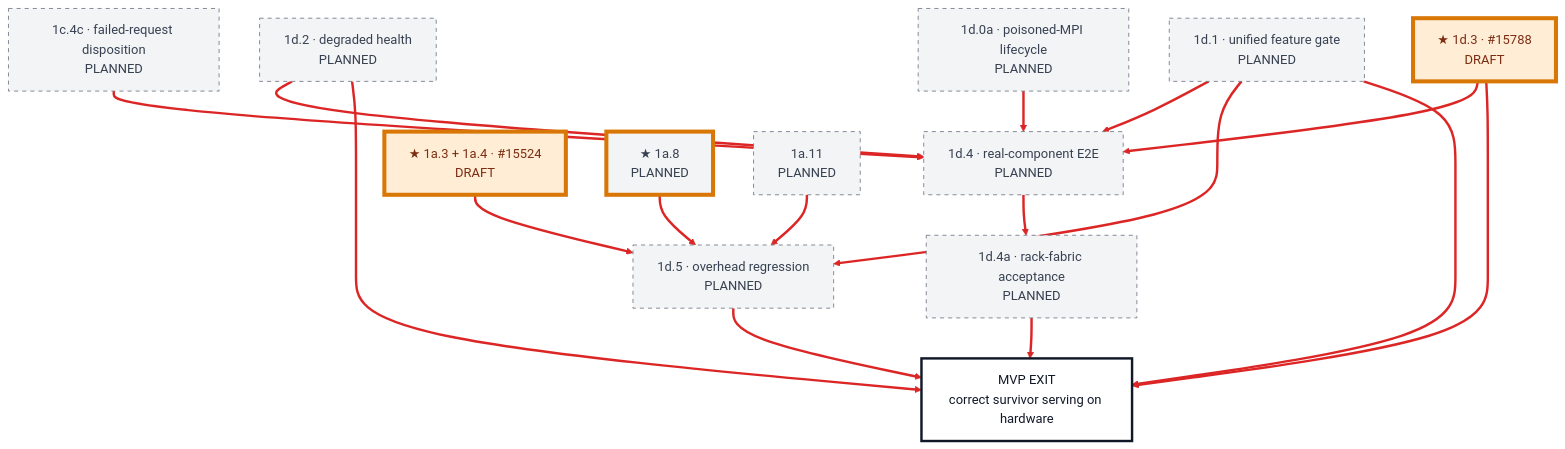
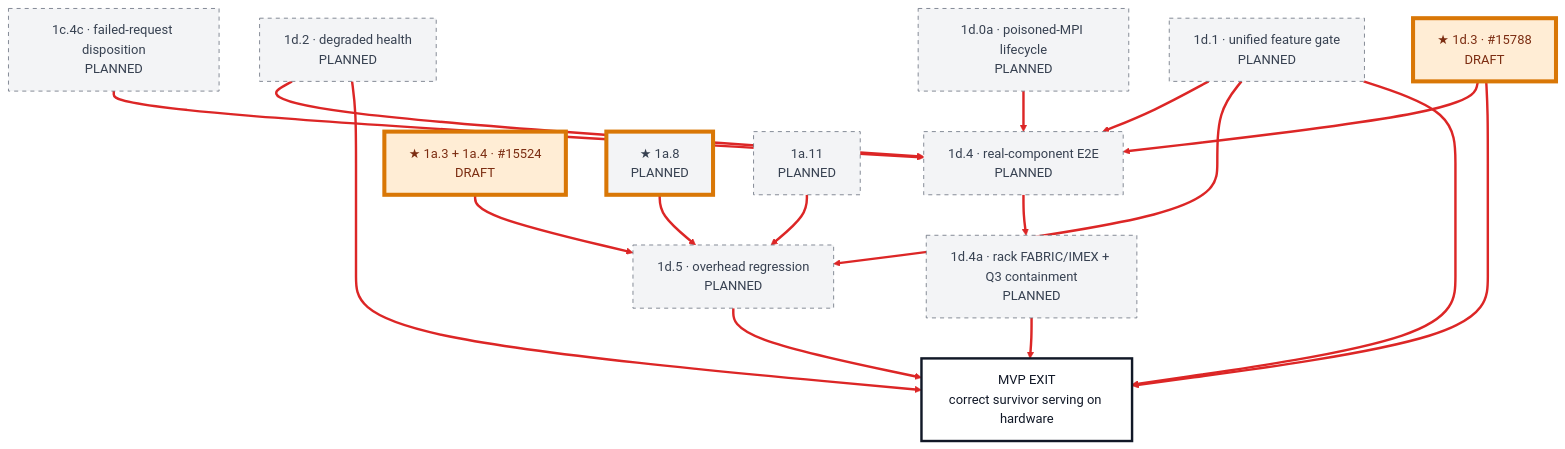
Before and after one commit to chienchunhung/TensorRT-LLM: the seventh of 8 diagrams in docs/design/wide-ep-fault-tolerance/pr-execution/mvp-dependency-graph.md, drawn with Mermaid (forest theme). The commit also changed other lines of this file and 27 other files, not shown here.

````diff
--- a/docs/design/wide-ep-fault-tolerance/pr-execution/mvp-dependency-graph.md
+++ b/docs/design/wide-ep-fault-tolerance/pr-execution/mvp-dependency-graph.md
@@ -392,44 +428,44 @@
 ```mermaid
 flowchart TB
     C1_4C["1c.4c · failed-request disposition<br/>PLANNED"]
     D1_0A["1d.0a · poisoned-MPI lifecycle<br/>PLANNED"]
     D1_1["1d.1 · unified feature gate<br/>PLANNED"]
     D1_2["1d.2 · degraded health<br/>PLANNED"]
     D1_3["★ 1d.3 · #15788<br/>DRAFT"]
     D1_4["1d.4 · real-component E2E<br/>PLANNED"]
-    D1_4A["1d.4a · rack-fabric acceptance<br/>PLANNED"]
+    D1_4A["1d.4a · rack FABRIC/IMEX + Q3 containment<br/>PLANNED"]
     A1_34["★ 1a.3 + 1a.4 · #15524<br/>DRAFT"]
     A1_8["★ 1a.8<br/>PLANNED"]
     A1_11["1a.11<br/>PLANNED"]
     D1_5["1d.5 · overhead regression<br/>PLANNED"]
     MVP_EXIT["MVP EXIT<br/>correct survivor serving on hardware"]
 
     C1_4C --> D1_4
     D1_0A --> D1_4
     D1_1 --> D1_4
     D1_2 --> D1_4
     D1_3 --> D1_4
     D1_4 --> D1_4A
     A1_34 --> D1_5
     A1_8 --> D1_5
     A1_11 --> D1_5
     D1_1 --> D1_5
     D1_1 --> MVP_EXIT
     D1_2 --> MVP_EXIT
     D1_3 --> MVP_EXIT
     D1_4A --> MVP_EXIT
     D1_5 --> MVP_EXIT
 
     linkStyle default stroke:#dc2626,stroke-width:3px;
 
     classDef draft fill:#ffedd5,stroke:#f97316,color:#7c2d12,stroke-width:2px;
     classDef reviewing fill:#dbeafe,stroke:#2563eb,color:#1e3a8a,stroke-width:2px;
     classDef planned fill:#f3f4f6,stroke:#6b7280,color:#374151,stroke-dasharray:5 5;
     classDef gate fill:#ffffff,stroke:#111827,color:#111827,stroke-width:3px;
     classDef candidate stroke:#d97706,stroke-width:5px,stroke-dasharray:0;
 
     class D1_3,A1_34 draft;
     class C1_4C,D1_0A,D1_1,D1_2,D1_4,D1_4A,A1_8,A1_11,D1_5 planned;
     class MVP_EXIT gate;
     class D1_3,A1_34,A1_8 candidate;
 ```
````
